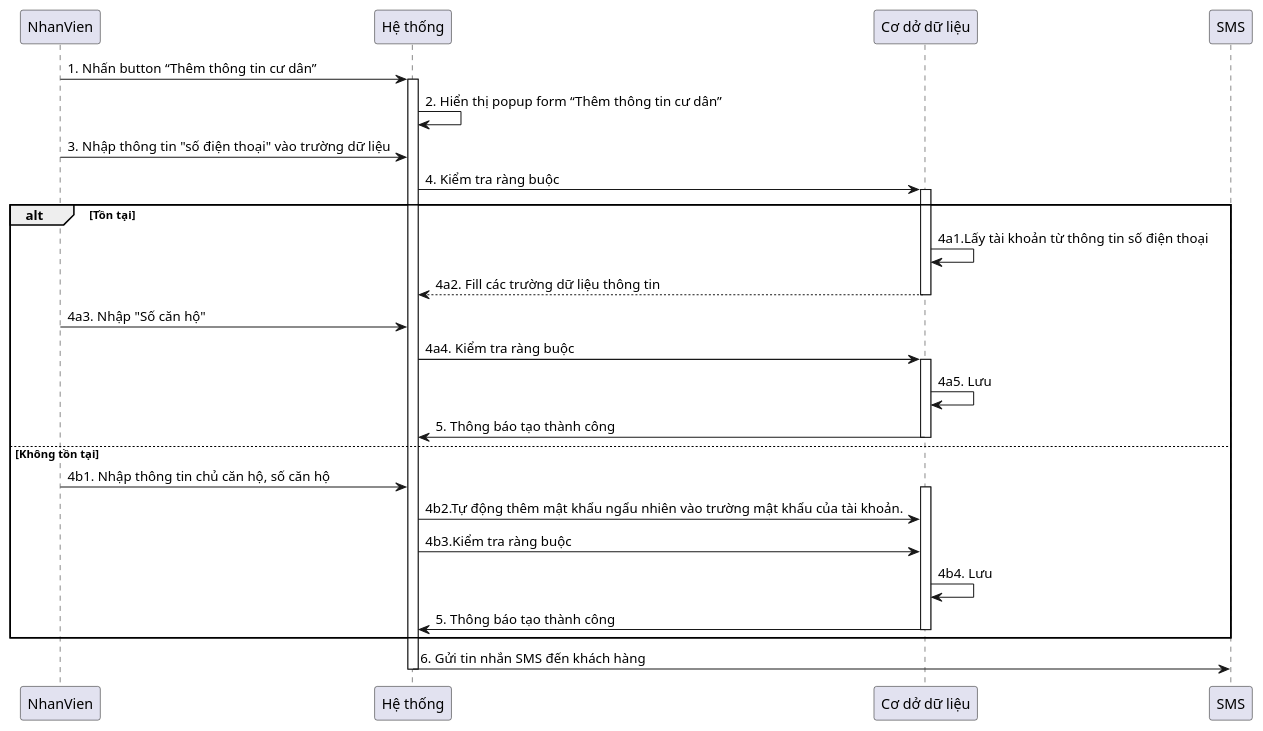
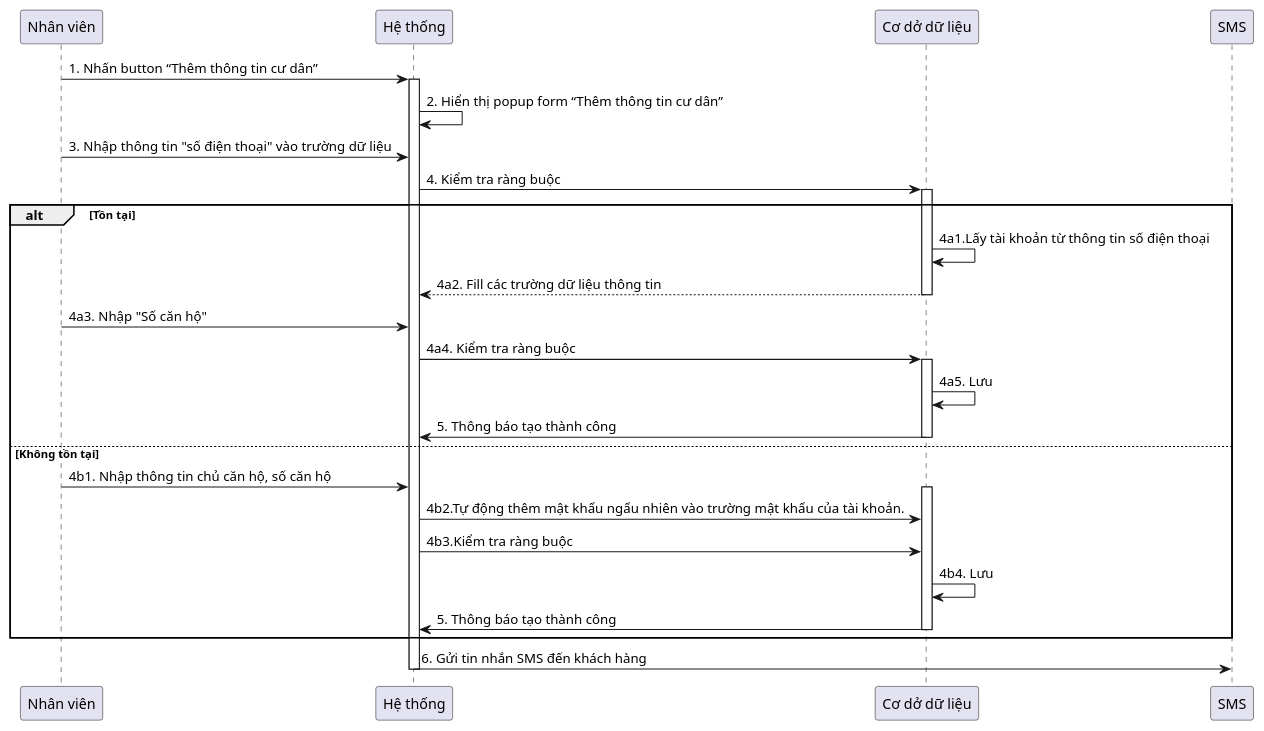
Before and after one commit to QuickyBooster/SE357-Pratice-class: the diagram in Lab1/Lab1.2/Sequence Diagram/Tạo thông tin chủ hộ.plantuml, drawn with PlantUML. The commit also changed 7 other files, not shown here.

```diff
--- a/Lab1/Lab1.2/Sequence Diagram/Tạo thông tin chủ hộ.plantuml
+++ b/Lab1/Lab1.2/Sequence Diagram/Tạo thông tin chủ hộ.plantuml
@@ -1,40 +1,40 @@
 @startuml
 
-participant NhanVien
+participant "Nhân viên"
 
 participant "Hệ thống" as System
 participant "Cơ dở dữ liệu" as CSDL
-participant "SMS" as CSDL
+participant "SMS"
 
 
-NhanVien -> System: 1. Nhấn button “Thêm thông tin cư dân”
+"Nhân viên" -> System: 1. Nhấn button “Thêm thông tin cư dân”
 activate System
 System -> System: 2. Hiển thị popup form “Thêm thông tin cư dân”
-NhanVien -> System: 3. Nhập thông tin "số điện thoại" vào trường dữ liệu
+"Nhân viên" -> System: 3. Nhập thông tin "số điện thoại" vào trường dữ liệu
 System -> CSDL: 4. Kiểm tra ràng buộc
 
 alt Tồn tại
 activate CSDL
     CSDL -> CSDL: 4a1.Lấy tài khoản từ thông tin số điện thoại 
     CSDL --> System: 4a2. Fill các trường dữ liệu thông tin
     deactivate CSDL
-    NhanVien -> System: 4a3. Nhập "Số căn hộ"
+    "Nhân viên" -> System: 4a3. Nhập "Số căn hộ"
 
     System -> CSDL: 4a4. Kiểm tra ràng buộc
         activate CSDL
     CSDL -> CSDL: 4a5. Lưu
     CSDL -> System: 5. Thông báo tạo thành công
         deactivate CSDL
 else Không tồn tại  
-    NhanVien -> System: 4b1. Nhập thông tin chủ căn hộ, số căn hộ
+    "Nhân viên" -> System: 4b1. Nhập thông tin chủ căn hộ, số căn hộ
      activate CSDL
     System -> CSDL: 4b2.Tự động thêm mật khẩu ngẩu nhiên vào trường mật khẩu của tài khoản. 
     System -> CSDL: 4b3.Kiểm tra ràng buộc 
      CSDL -> CSDL: 4b4. Lưu
      CSDL -> System: 5. Thông báo tạo thành công
          deactivate CSDL
 end
 System -> SMS: 6. Gửi tin nhắn SMS đến khách hàng
 
 deactivate System
 @enduml
```
